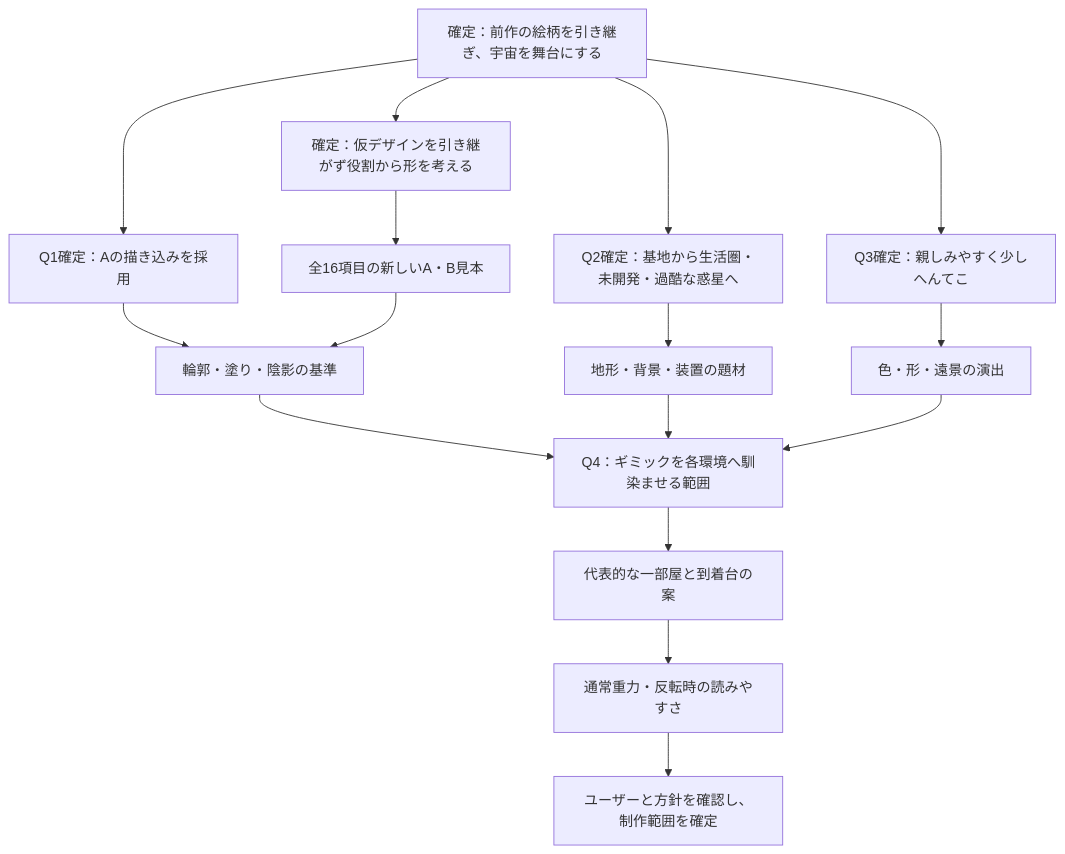
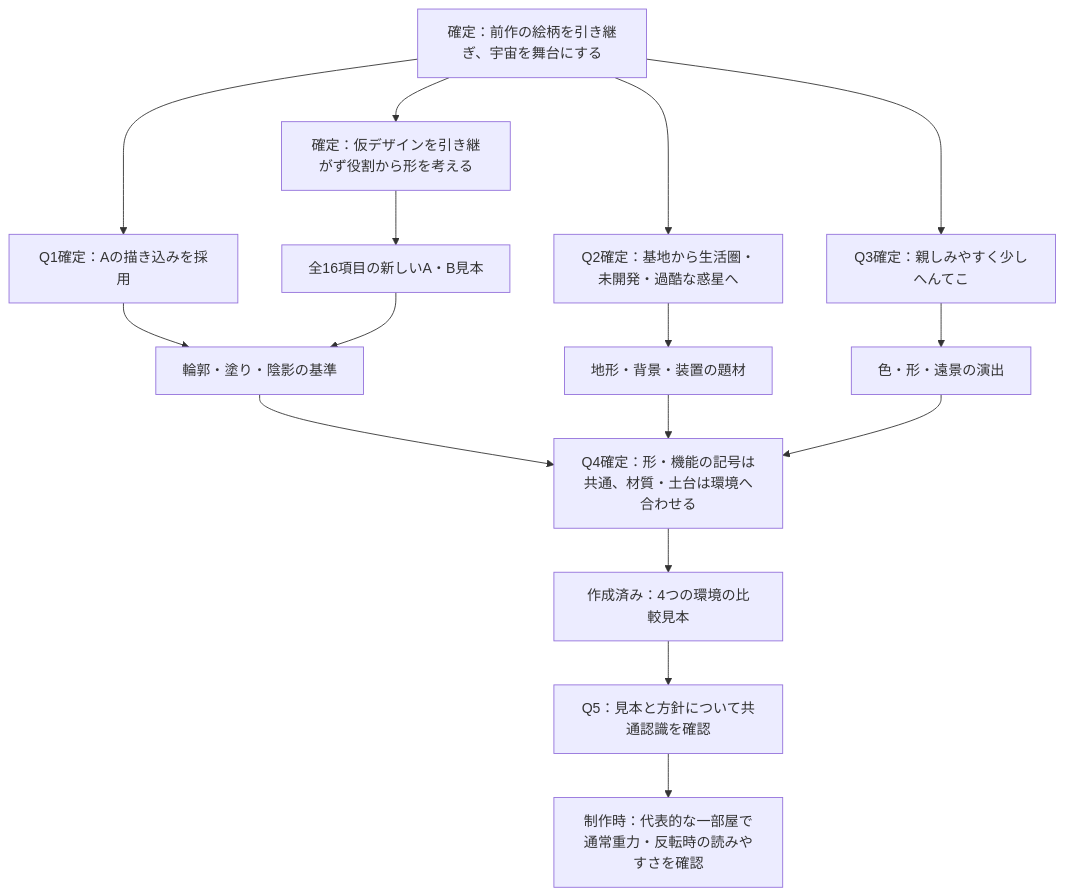
The diagram in docs/art-direction.md (Foxy-null/2d-space), drawn with Mermaid before and after one commit. The commit also changed other lines of this file and 3 other files, not shown here.

````diff
--- a/docs/art-direction.md
+++ b/docs/art-direction.md
@@ -86,18 +107,18 @@
 ```mermaid
 flowchart TD
     A[確定：前作の絵柄を引き継ぎ、宇宙を舞台にする] --> Q1[Q1確定：Aの描き込みを採用]
     A --> Q2[Q2確定：基地から生活圏・未開発・過酷な惑星へ]
     A --> Q3[Q3確定：親しみやすく少しへんてこ]
     Q1 --> B[輪郭・塗り・陰影の基準]
     A --> H[確定：仮デザインを引き継がず役割から形を考える]
     H --> I[全16項目の新しいA・B見本]
     I --> B
     Q2 --> C[地形・背景・装置の題材]
     Q3 --> D[色・形・遠景の演出]
-    B --> Q4[Q4：ギミックを各環境へ馴染ませる範囲]
+    B --> Q4[Q4確定：形・機能の記号は共通、材質・土台は環境へ合わせる]
     C --> Q4
     D --> Q4
-    Q4 --> E[代表的な一部屋と到着台の案]
-    E --> F[通常重力・反転時の読みやすさ]
-    F --> G[ユーザーと方針を確認し、制作範囲を確定]
+    Q4 --> E[作成済み：4つの環境の比較見本]
+    E --> G[Q5：見本と方針について共通認識を確認]
+    G --> F[制作時：代表的な一部屋で通常重力・反転時の読みやすさを確認]
 ```
````
